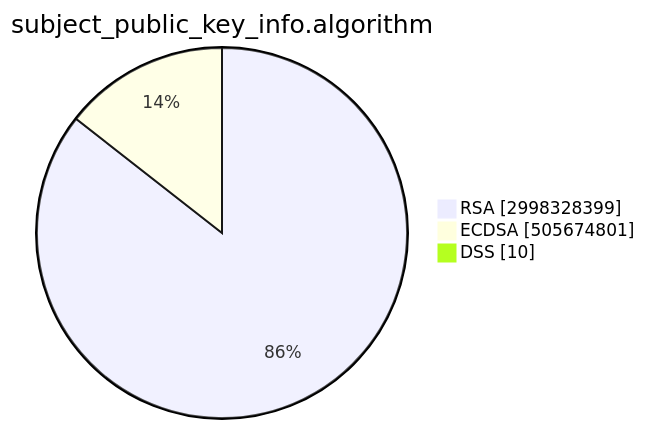
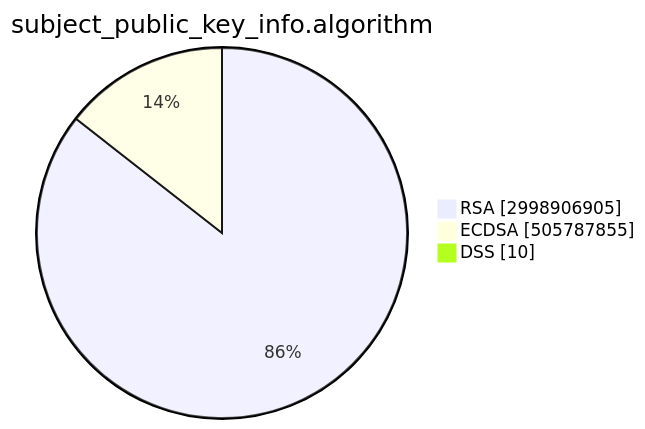
The second of 15 diagrams in TOTAL/README.md (christiankrug/ctmonitor_visualization), drawn with Mermaid before and after one commit. The commit also changed other lines of this file, not shown here.

````diff
--- a/TOTAL/README.md
+++ b/TOTAL/README.md
@@ -6,7 +6,7 @@
 ```mermaid
 pie showData
 title subject_public_key_info.algorithm
-"RSA" :2998328399
-"ECDSA" :505674801
+"RSA" :2998906905
+"ECDSA" :505787855
 "DSS" :10
 ```
````
